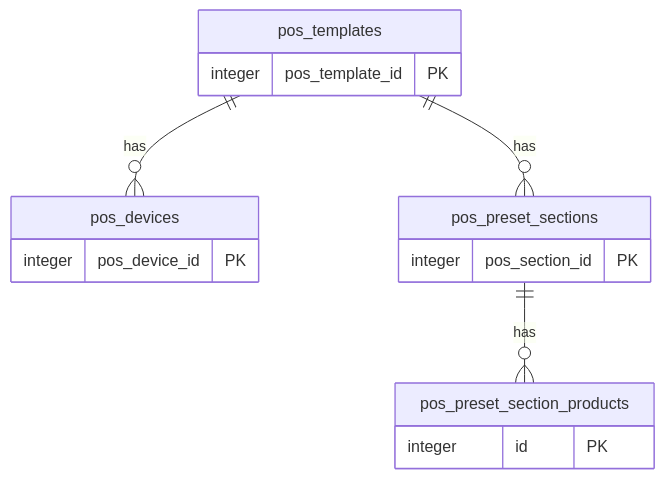
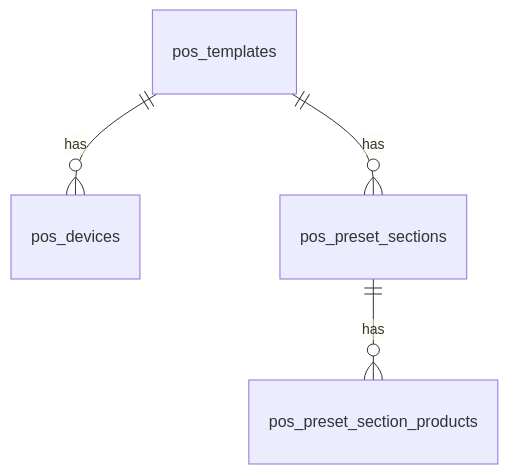
Before and after one commit to Saksham-Gupta-GH/ER-Diagram: the third of 8 diagrams in Mermaid_Diagrams.md, drawn with Mermaid. The commit also changed other lines of this file, not shown here.

Commit message:
fix: remove columns from Mermaid diagrams to prevent GitHub timeout

````diff
--- a/Mermaid_Diagrams.md
+++ b/Mermaid_Diagrams.md
@@ -194,18 +108,6 @@
 ```mermaid
 erDiagram
   pos_templates ||--o{ pos_devices : "has"
   pos_templates ||--o{ pos_preset_sections : "has"
   pos_preset_sections ||--o{ pos_preset_section_products : "has"
-  pos_devices {
-    integer pos_device_id PK
-  }
-  pos_templates {
-    integer pos_template_id PK
-  }
-  pos_preset_sections {
-    integer pos_section_id PK
-  }
-  pos_preset_section_products {
-    integer id PK
-  }
 ```
````
